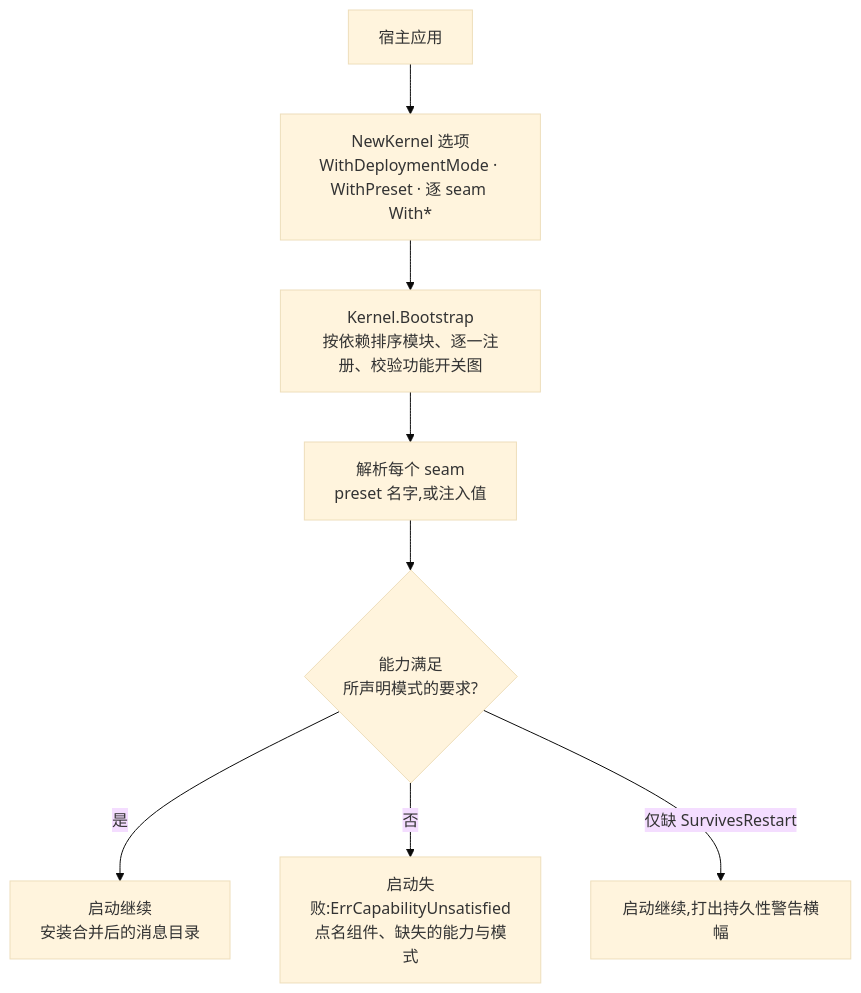
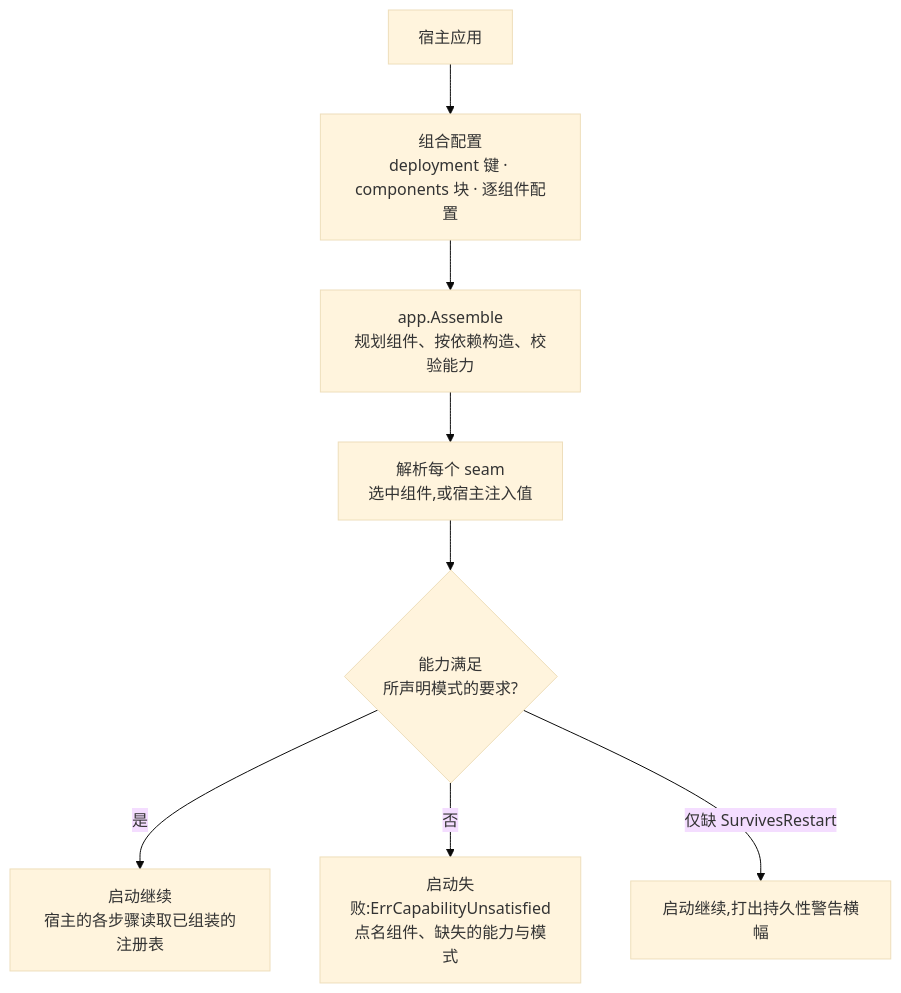
One commit to vislake/speed changed the diagram in docs/site/content.zh-cn/docs/developer-docs/modules/core/pkgcore.md. Above: the diagram before and after it, drawn with Mermaid (base theme). The commit also changed other lines of this file and 3 other files, not shown here.

````diff
--- a/docs/site/content.zh-cn/docs/developer-docs/modules/core/pkgcore.md
+++ b/docs/site/content.zh-cn/docs/developer-docs/modules/core/pkgcore.md
@@ -37,10 +37,10 @@
 ```mermaid
 flowchart TD
-    Host[宿主应用] --> Opts["NewKernel 选项<br/>WithDeploymentMode · WithPreset · 逐 seam With*"]
-    Opts --> Boot["Kernel.Bootstrap<br/>按依赖排序模块、逐一注册、校验功能开关图"]
-    Boot --> Resolve["解析每个 seam<br/>preset 名字,或注入值"]
+    Host[宿主应用] --> Opts["组合配置<br/>deployment 键 · components 块 · 逐组件配置"]
+    Opts --> Boot["app.Assemble<br/>规划组件、按依赖构造、校验能力"]
+    Boot --> Resolve["解析每个 seam<br/>选中组件,或宿主注入值"]
     Resolve --> Check{"能力满足<br/>所声明模式的要求?"}
-    Check -->|是| Run[启动继续<br/>安装合并后的消息目录]
+    Check -->|是| Run[启动继续<br/>宿主的各步骤读取已组装的注册表]
     Check -->|否| Fail["启动失败:ErrCapabilityUnsatisfied<br/>点名组件、缺失的能力与模式"]
     Check -->|"仅缺 SurvivesRestart"| Banner[启动继续,打出持久性警告横幅]
 ```
````
